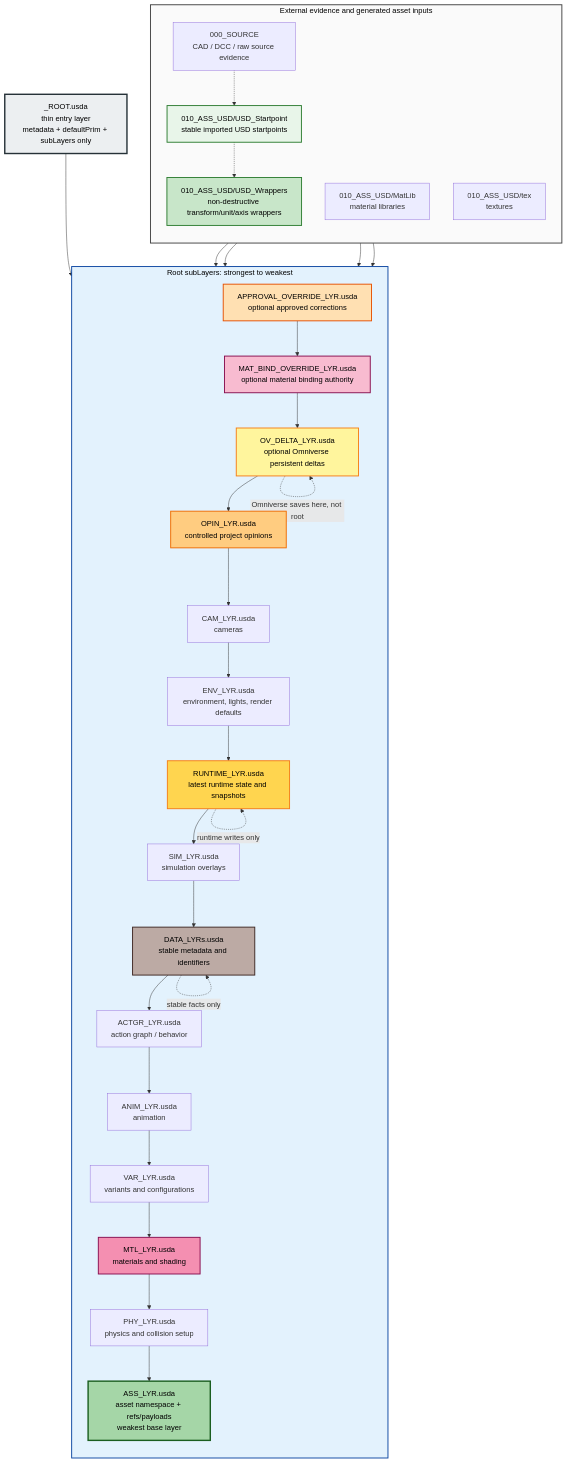
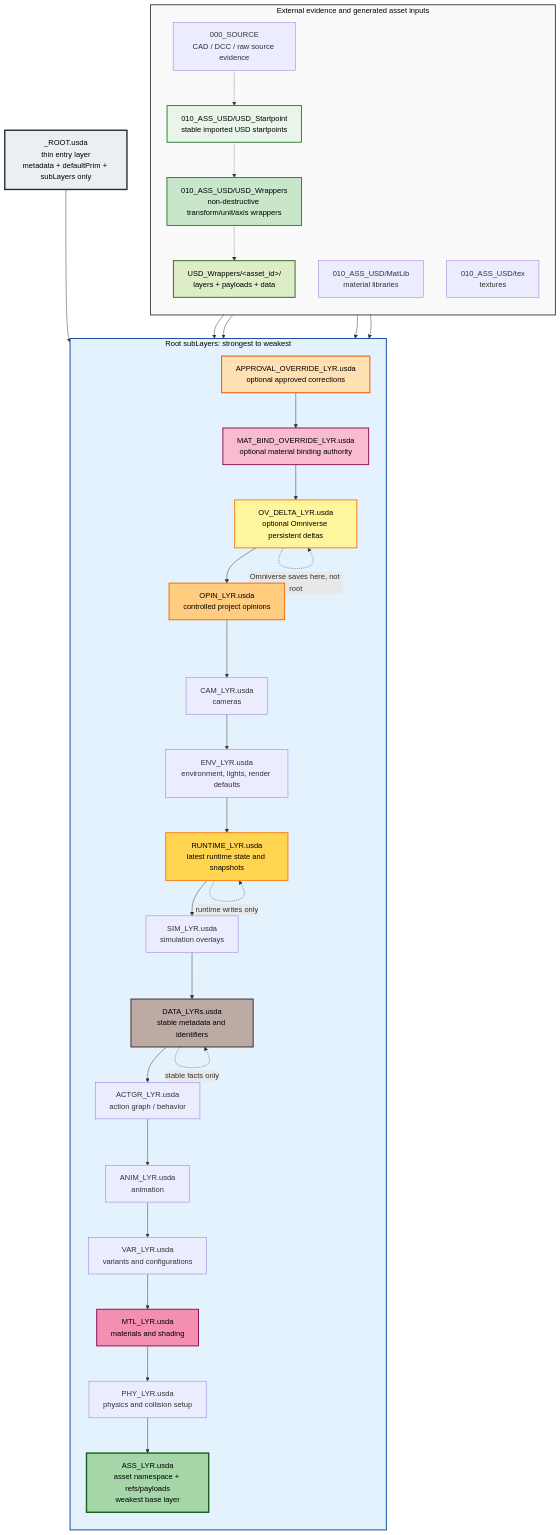
One commit to jph2/USD_GoodStart changed the second of 2 diagrams in README.md. Above: the diagram before and after it, drawn with Mermaid. The commit also changed other lines of this file and 24 other files, not shown here.

````diff
--- a/README.md
+++ b/README.md
@@ -305,60 +309,63 @@
 ```mermaid
 flowchart TB
     Root["<project>_ROOT.usda<br/>thin entry layer<br/>metadata + defaultPrim + subLayers only"]
 
     subgraph Stack["Root subLayers: strongest to weakest"]
         direction TB
         Approval["APPROVAL_OVERRIDE_LYR.usda<br/>optional approved corrections"]
         MatOverride["MAT_BIND_OVERRIDE_LYR.usda<br/>optional material binding authority"]
         OvDelta["OV_DELTA_LYR.usda<br/>optional Omniverse persistent deltas"]
         Opin["OPIN_LYR.usda<br/>controlled project opinions"]
         Cam["CAM_LYR.usda<br/>cameras"]
         Env["ENV_LYR.usda<br/>environment, lights, render defaults"]
         Runtime["RUNTIME_LYR.usda<br/>latest runtime state and snapshots"]
         Sim["SIM_LYR.usda<br/>simulation overlays"]
         Data["DATA_LYRs.usda<br/>stable metadata and identifiers"]
         Actgr["ACTGR_LYR.usda<br/>action graph / behavior"]
         Anim["ANIM_LYR.usda<br/>animation"]
         Var["VAR_LYR.usda<br/>variants and configurations"]
         Mtl["MTL_LYR.usda<br/>materials and shading"]
         Phy["PHY_LYR.usda<br/>physics and collision setup"]
         Ass["ASS_LYR.usda<br/>asset namespace + refs/payloads<br/>weakest base layer"]
 
         Approval --> MatOverride --> OvDelta --> Opin --> Cam --> Env --> Runtime --> Sim --> Data --> Actgr --> Anim --> Var --> Mtl --> Phy --> Ass
     end
 
     subgraph Sources["External evidence and generated asset inputs"]
         direction TB
         Source["000_SOURCE<br/>CAD / DCC / raw source evidence"]
         Startpoints["010_ASS_USD/USD_Startpoint<br/>stable imported USD startpoints"]
         Wrappers["010_ASS_USD/USD_Wrappers<br/>non-destructive transform/unit/axis wrappers"]
+        AssetPackage["USD_Wrappers/&lt;asset_id&gt;/<br/>layers + payloads + data"]
         MatLib["010_ASS_USD/MatLib<br/>material libraries"]
         Tex["010_ASS_USD/tex<br/>textures"]
     end
 
     Root --> Approval
     Startpoints --> Ass
     Wrappers --> Ass
     Source -.-> Startpoints
     Startpoints -.-> Wrappers
+    Wrappers -.-> AssetPackage
     MatLib --> Mtl
     Tex --> Mtl
 
     Runtime -.->|runtime writes only| Runtime
     Data -.->|stable facts only| Data
     OvDelta -.->|Omniverse saves here, not root| OvDelta
 
     style Root fill:#eceff1,stroke:#263238,stroke-width:3px,color:#000
     style Stack fill:#e3f2fd,stroke:#0d47a1,stroke-width:2px,color:#000
     style Sources fill:#fafafa,stroke:#424242,stroke-width:2px,color:#000
     style Approval fill:#ffe0b2,stroke:#e65100,stroke-width:2px,color:#000
     style MatOverride fill:#f8bbd0,stroke:#880e4f,stroke-width:2px,color:#000
     style OvDelta fill:#fff59d,stroke:#f57f17,stroke-width:2px,color:#000
     style Opin fill:#ffcc80,stroke:#ef6c00,stroke-width:2px,color:#000
     style Runtime fill:#ffd54f,stroke:#f57f17,stroke-width:2px,color:#000
     style Data fill:#bcaaa4,stroke:#3e2723,stroke-width:2px,color:#000
     style Ass fill:#a5d6a7,stroke:#1b5e20,stroke-width:3px,color:#000
     style Wrappers fill:#c8e6c9,stroke:#2e7d32,stroke-width:2px,color:#000
+    style AssetPackage fill:#dcedc8,stroke:#33691e,stroke-width:2px,color:#000
     style Startpoints fill:#e8f5e9,stroke:#2e7d32,stroke-width:2px,color:#000
     style Mtl fill:#f48fb1,stroke:#880e4f,stroke-width:2px,color:#000
 ```
````
